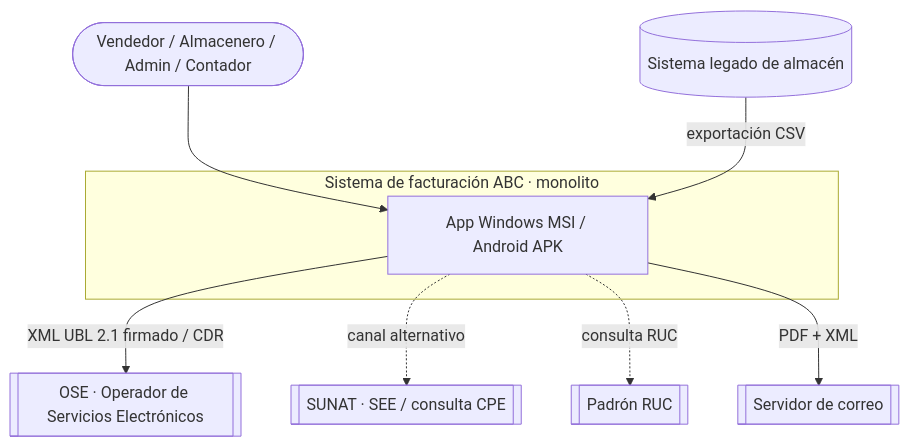
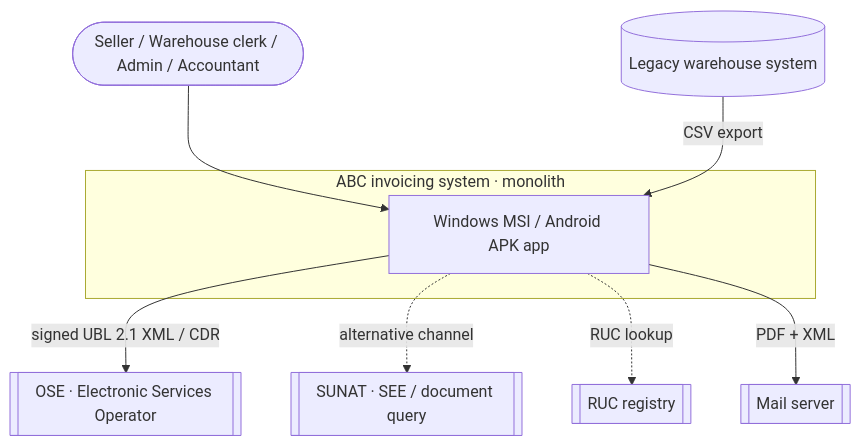
One commit to lourdesxiomara/MEDIOCURSO changed the first of 5 diagrams in specs/03-arquitectura/arquitectura.md. Above: the diagram before and after it, drawn with Mermaid. The commit also changed other lines of this file, not shown here.

````diff
--- a/specs/03-arquitectura/arquitectura.md
+++ b/specs/03-arquitectura/arquitectura.md
@@ -16,18 +16,18 @@
 ```mermaid
 flowchart TB
-  vend([Vendedor / Almacenero / Admin / Contador])
-  subgraph ABC[Sistema de facturación ABC · monolito]
-    app[App Windows MSI / Android APK]
+  vend([Seller / Warehouse clerk / Admin / Accountant])
+  subgraph ABC[ABC invoicing system · monolith]
+    app[Windows MSI / Android APK app]
   end
-  ose[[OSE · Operador de Servicios Electrónicos]]
-  sunat[[SUNAT · SEE / consulta CPE]]
-  padron[[Padrón RUC]]
-  correo[[Servidor de correo]]
-  legado[(Sistema legado de almacén)]
+  ose[[OSE · Electronic Services Operator]]
+  sunat[[SUNAT · SEE / document query]]
+  padron[[RUC registry]]
+  correo[[Mail server]]
+  legado[(Legacy warehouse system)]
   vend --> app
-  app -- XML UBL 2.1 firmado / CDR --> ose
-  app -. canal alternativo .-> sunat
-  app -. consulta RUC .-> padron
+  app -- signed UBL 2.1 XML / CDR --> ose
+  app -. alternative channel .-> sunat
+  app -. RUC lookup .-> padron
   app -- PDF + XML --> correo
-  legado -- exportación CSV --> app
+  legado -- CSV export --> app
 ```
````
